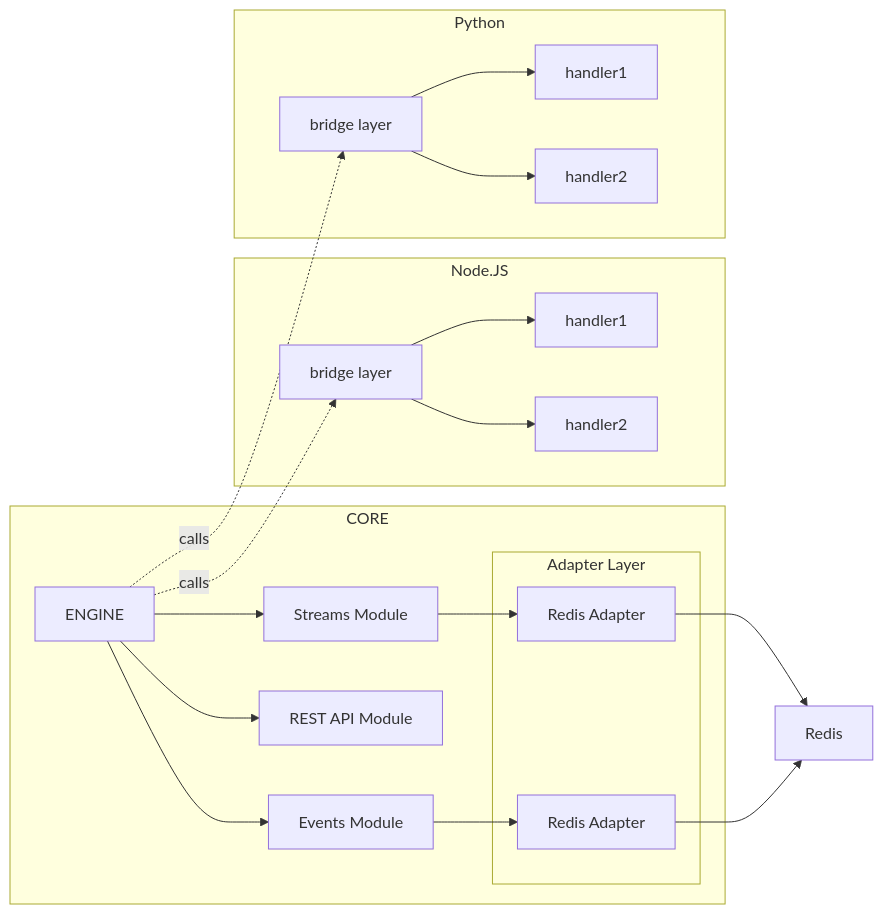
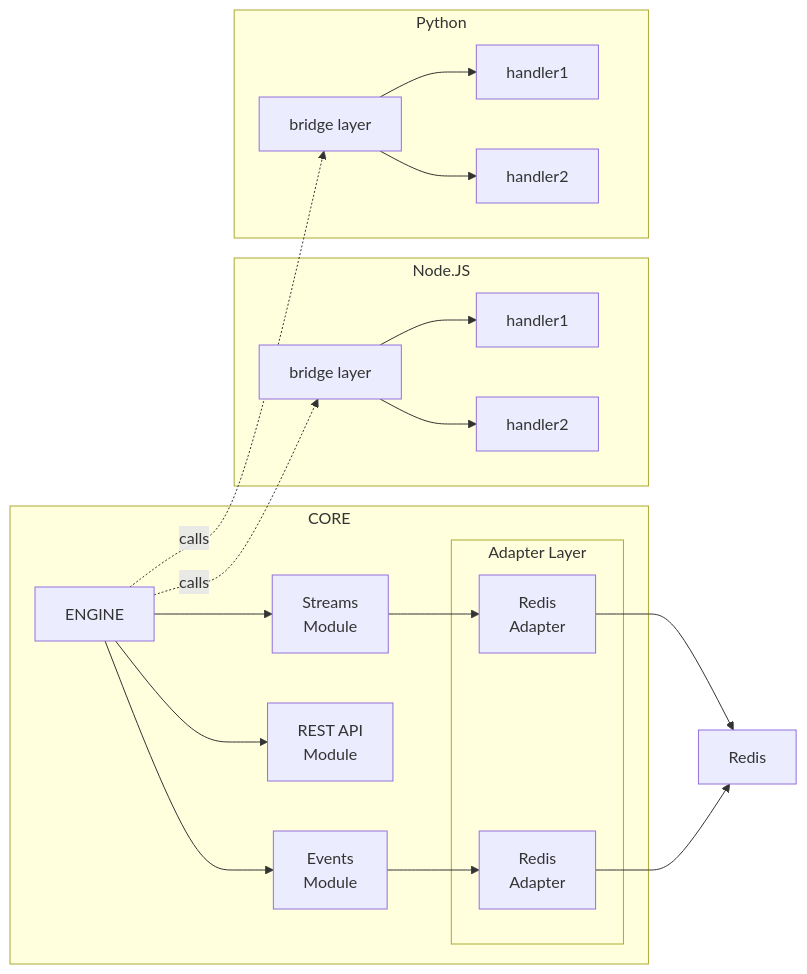
One commit to iii-hq/docs changed the diagram in content/docs/index.mdx. Above: the diagram before and after it, drawn with Mermaid. The commit also changed other lines of this file and 24 other files, not shown here.

````diff
--- a/content/docs/index.mdx
+++ b/content/docs/index.mdx
@@ -29,45 +29,45 @@
 ```mermaid
 flowchart LR
     subgraph Core["CORE"]
         Engine["ENGINE"]
-        Streams["Streams Module"]
-        REST["REST API Module"]
-        Events["Events Module"]
-        
+        Streams["Streams<br/>Module"]
+        REST["REST API<br/>Module"]
+        Events["Events<br/>Module"]
+
         subgraph AdapterLayer["Adapter Layer"]
-            RA1["Redis Adapter"]
-            RA2["Redis Adapter"]
+            RA1["Redis<br/>Adapter"]
+            RA2["Redis<br/>Adapter"]
         end
-        
+
         Engine --> Streams
         Engine --> REST
         Engine --> Events
         Streams --> RA1
         Events --> RA2
     end
-    
+
     subgraph NodeJS["Node.JS"]
         BridgeNode["bridge layer"]
         HandlerN1["handler1"]
         HandlerN2["handler2"]
-        
+
         BridgeNode --> HandlerN1
         BridgeNode --> HandlerN2
     end
-    
+
     subgraph Python["Python"]
         BridgePy["bridge layer"]
         HandlerP1["handler1"]
         HandlerP2["handler2"]
-        
+
         BridgePy --> HandlerP1
         BridgePy --> HandlerP2
     end
-    
+
     Redis["Redis"]
-    
+
     RA1 --> Redis
     RA2 --> Redis
     Engine -.->|calls| BridgeNode
     Engine -.->|calls| BridgePy
 ```
````
